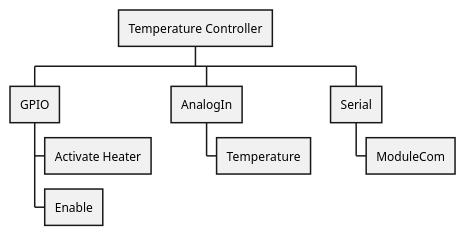
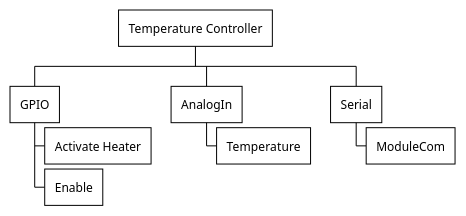
Before and after one commit to sukapx/embedded-bdd: the first of 2 diagrams in doc/Interfaces.puml, drawn with PlantUML. The commit also changed other lines of this file and 2 other files, not shown here.

```diff
--- a/doc/Interfaces.puml
+++ b/doc/Interfaces.puml
@@ -1,15 +1,12 @@
 @startwbs Connections Temperature Controller
-<style>
-wbsDiagram {
-}
-</style>
+!theme plain
 
 * Temperature Controller
 ** GPIO
 *** Activate Heater
 *** Enable
 ** AnalogIn
 *** Temperature
 ** Serial
 *** ModuleCom
 @endwbs
```
